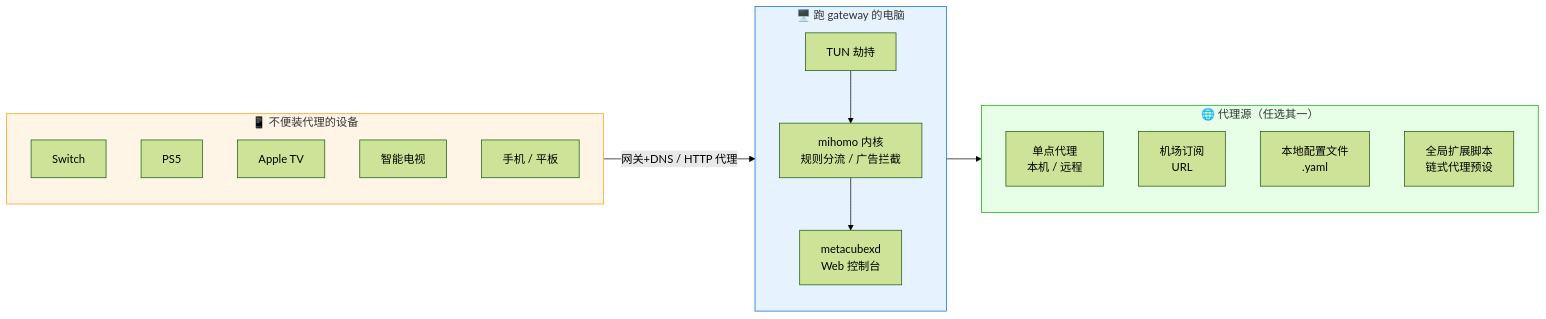
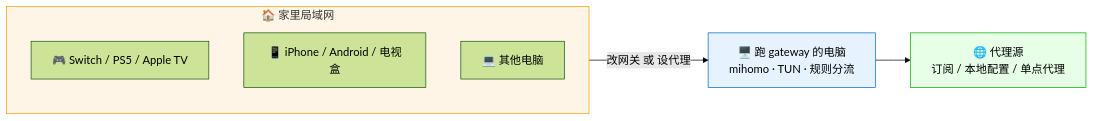
One commit to Tght1211/lan-proxy-gateway changed the diagram in README.md. Above: the diagram before and after it, drawn with Mermaid (forest theme). The commit also changed other lines of this file and 1 other file, not shown here.

````diff
--- a/README.md
+++ b/README.md
@@ -112,33 +12,16 @@
 ```mermaid
 flowchart LR
-    subgraph Devices["📱 不便装代理的设备"]
-        S[Switch]
-        P[PS5]
-        T[Apple TV]
-        TV[智能电视]
-        M[手机 / 平板]
+    subgraph LAN["🏠 家里局域网"]
+        direction TB
+        S[🎮 Switch / PS5 / Apple TV]
+        M[📱 iPhone / Android / 电视盒]
+        PC[💻 其他电脑]
     end
+    GW["🖥️ 跑 gateway 的电脑<br/>mihomo · TUN · 规则分流"]
+    SRC["🌐 代理源<br/>订阅 / 本地配置 / 单点代理"]
+    LAN -- "改网关 或 设代理" --> GW --> SRC
 
-    subgraph Host["🖥️ 跑 gateway 的电脑"]
-        direction TB
-        TUN[TUN 劫持]
-        MH[mihomo 内核<br/>规则分流 / 广告拦截]
-        UI[metacubexd<br/>Web 控制台]
-        TUN --> MH
-        MH --> UI
-    end
-
-    subgraph Sources["🌐 代理源（任选其一）"]
-        E1[单点代理<br/>本机 / 远程]
-        SUB[机场订阅<br/>URL]
-        F[本地配置文件<br/>.yaml]
-        SCR[全局扩展脚本<br/>链式代理预设]
-    end
-
-    Devices -- "网关+DNS / HTTP 代理" --> Host
-    Host --> Sources
-
-    style Devices fill:#fff5e6,stroke:#ff9900
-    style Host fill:#e6f3ff,stroke:#0066cc
-    style Sources fill:#e6ffe6,stroke:#00aa00
+    style LAN fill:#fff5e6,stroke:#ff9900
+    style GW fill:#e6f3ff,stroke:#0066cc
+    style SRC fill:#e6ffe6,stroke:#00aa00
 ```
````
